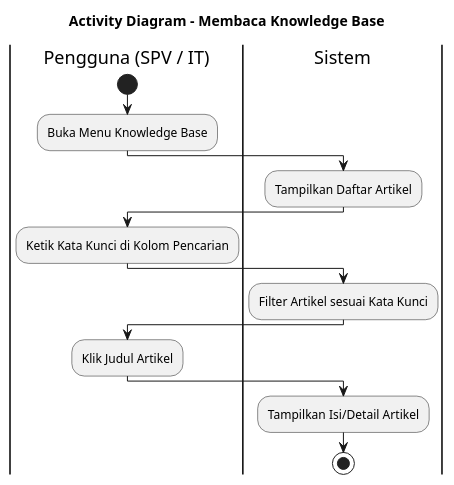
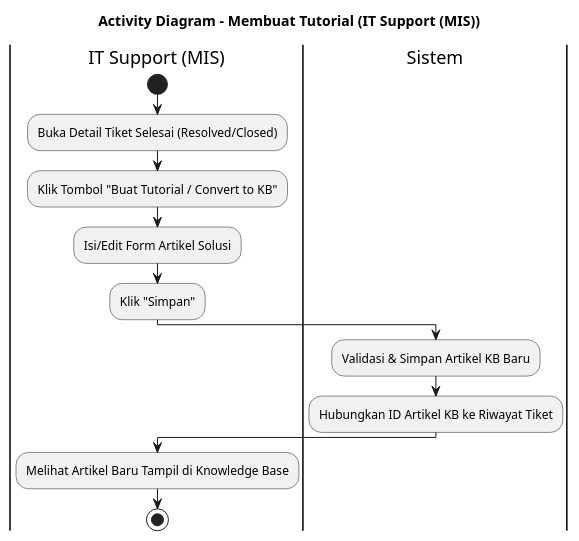
Before and after one commit to mrahmatfadila/bissmillah-skripsi-web: the tenth of 14 diagrams in docs/activity-diagrams.puml, drawn with PlantUML. The commit also changed other lines of this file and 62 other files, not shown here.

```diff
--- a/docs/activity-diagrams.puml
+++ b/docs/activity-diagrams.puml
@@ -150,17 +176,15 @@
-@startuml activity_membaca_kb
-title Activity Diagram - Membaca Knowledge Base
-|Pengguna (SPV / IT)|
+@startuml activity_membuat_tutorial
+title Activity Diagram - Membuat Tutorial (IT Support (MIS))
+|IT Support (MIS)|
 start
-:Buka Menu Knowledge Base;
+:Buka Detail Tiket Selesai (Resolved/Closed);
+:Klik Tombol "Buat Tutorial / Convert to KB";
+:Isi/Edit Form Artikel Solusi;
+:Klik "Simpan";
 |Sistem|
-:Tampilkan Daftar Artikel;
-|Pengguna (SPV / IT)|
-:Ketik Kata Kunci di Kolom Pencarian;
-|Sistem|
-:Filter Artikel sesuai Kata Kunci;
-|Pengguna (SPV / IT)|
-:Klik Judul Artikel;
-|Sistem|
-:Tampilkan Isi/Detail Artikel;
+:Validasi & Simpan Artikel KB Baru;
+:Hubungkan ID Artikel KB ke Riwayat Tiket;
+|IT Support (MIS)|
+:Melihat Artikel Baru Tampil di Knowledge Base;
 stop
 @enduml
```
